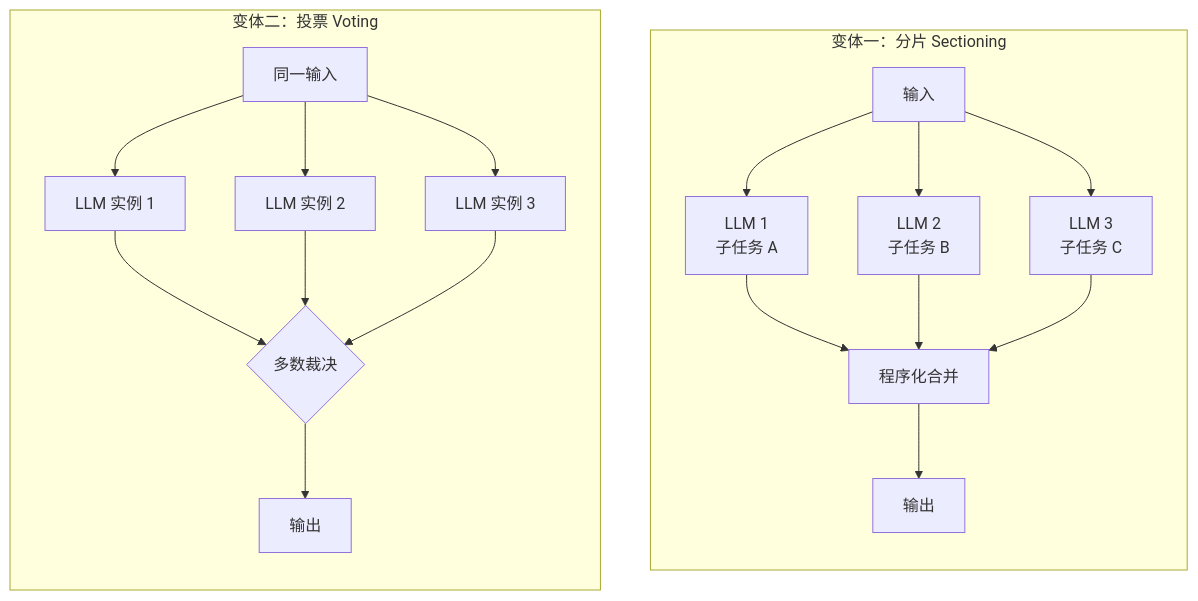
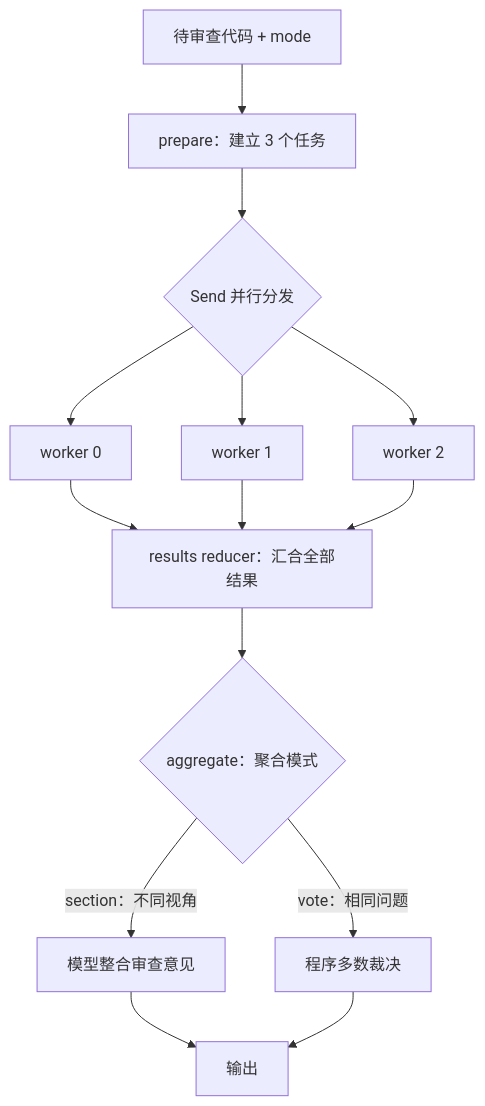
The third of 8 diagrams in 04.Agent开发/05.multiAgent/01.多智能体系统设计.md (AI-Redfish/Agent), drawn with Mermaid before and after one commit. The commit also changed other lines of this file and 12 other files, not shown here.

````diff
--- a/04.Agent开发/05.multiAgent/01.多智能体系统设计.md
+++ b/04.Agent开发/05.multiAgent/01.多智能体系统设计.md
@@ -105,23 +231,16 @@
 ```mermaid
-flowchart TB
-    subgraph SEC["变体一：分片 Sectioning"]
-        direction TB
-        I1["输入"] --> A1["LLM 1<br/>子任务 A"]
-        I1 --> A2["LLM 2<br/>子任务 B"]
-        I1 --> A3["LLM 3<br/>子任务 C"]
-        A1 --> M1["程序化合并"]
-        A2 --> M1
-        A3 --> M1
-        M1 --> O1["输出"]
-    end
-    subgraph VOT["变体二：投票 Voting"]
-        direction TB
-        I2["同一输入"] --> B1["LLM 实例 1"]
-        I2 --> B2["LLM 实例 2"]
-        I2 --> B3["LLM 实例 3"]
-        B1 --> V{"多数裁决"}
-        B2 --> V
-        B3 --> V
-        V --> O2["输出"]
-    end
+flowchart TD
+    IN["待审查代码 + mode"] --> P["prepare：建立 3 个任务"]
+    P --> D{"Send 并行分发"}
+    D --> W1["worker 0"]
+    D --> W2["worker 1"]
+    D --> W3["worker 2"]
+    W1 --> R["results reducer：汇合全部结果"]
+    W2 --> R
+    W3 --> R
+    R --> A{"aggregate：聚合模式"}
+    A -->|"section：不同视角"| S["模型整合审查意见"]
+    A -->|"vote：相同问题"| V["程序多数裁决"]
+    S --> OUT["输出"]
+    V --> OUT
 ```
````
